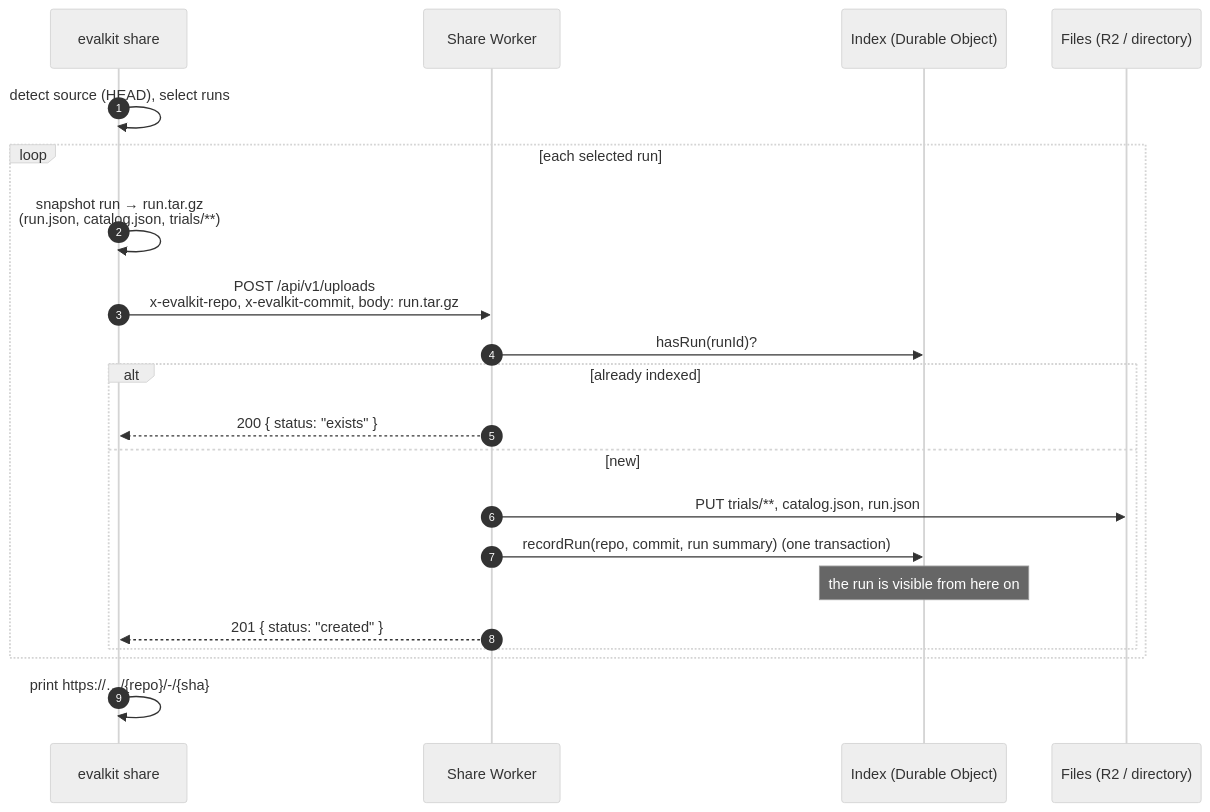
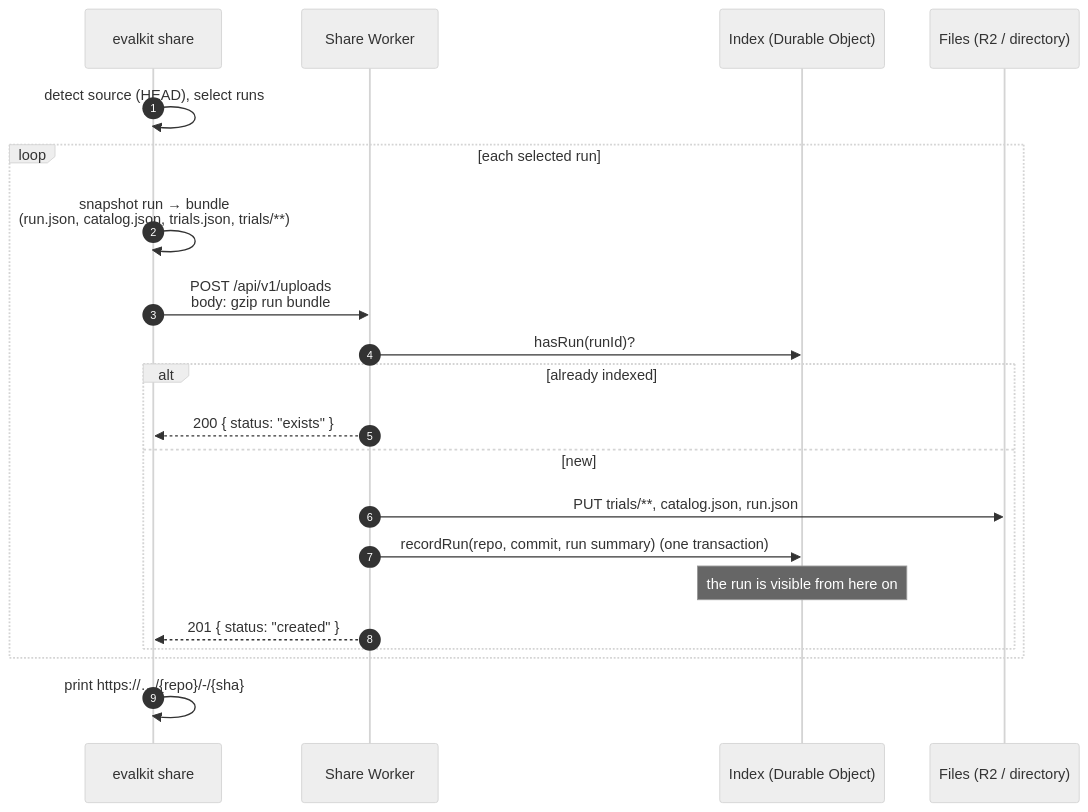
One commit to leostera/evalkit changed the fourth of 9 diagrams in docs/rfds/RFD0006-commit-provenance-and-share-server.md. Above: the diagram before and after it, drawn with Mermaid (neutral theme). The commit also changed other lines of this file and 47 other files, not shown here.

````diff
--- a/docs/rfds/RFD0006-commit-provenance-and-share-server.md
+++ b/docs/rfds/RFD0006-commit-provenance-and-share-server.md
@@ -204,23 +204,23 @@
 ```mermaid
 sequenceDiagram
   autonumber
   participant CLI as evalkit share
   participant S as Share Worker
   participant I as Index (Durable Object)
   participant B as Files (R2 / directory)
   CLI->>CLI: detect source (HEAD), select runs
   loop each selected run
-    CLI->>CLI: snapshot run → run.tar.gz<br/>(run.json, catalog.json, trials/**)
-    CLI->>S: POST /api/v1/uploads<br/>x-evalkit-repo, x-evalkit-commit, body: run.tar.gz
+    CLI->>CLI: snapshot run → bundle<br/>(run.json, catalog.json, trials.json, trials/**)
+    CLI->>S: POST /api/v1/uploads<br/>body: gzip run bundle
     S->>I: hasRun(runId)?
     alt already indexed
       S-->>CLI: 200 { status: "exists" }
     else new
       S->>B: PUT trials/**, catalog.json, run.json
       S->>I: recordRun(repo, commit, run summary)  (one transaction)
       Note over I: the run is visible from here on
       S-->>CLI: 201 { status: "created" }
     end
   end
   CLI->>CLI: print https://…/{repo}/-/{sha}
 ```
````
